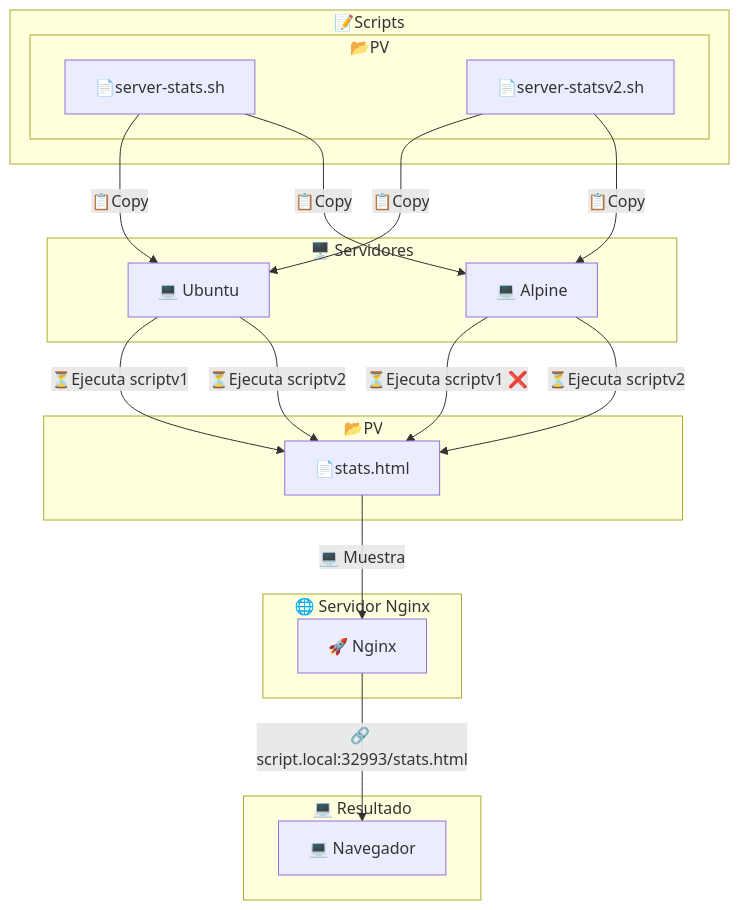
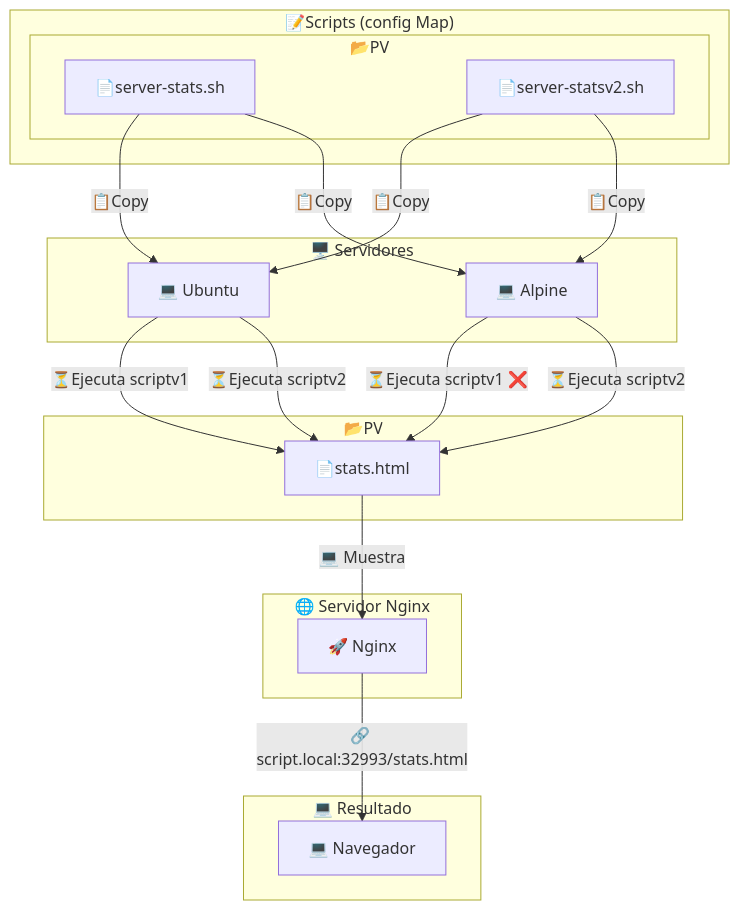
The diagram in SchemeServerIdea.md (donas11/https-roadmap.sh-projects-server-stats), drawn with Mermaid before and after one commit. The commit also changed other lines of this file, not shown here.

````diff
--- a/SchemeServerIdea.md
+++ b/SchemeServerIdea.md
@@ -3,46 +3,46 @@
 ```mermaid
 graph TD;
     subgraph Servidor["🖥️ Servidores"]
         S1["💻 Ubuntu"];
         S2["💻 Alpine"];
     end
 
-    subgraph Scripts["📝Scripts"]
+    subgraph Scripts["📝Scripts (config Map) "]
         subgraph Persist_volumen_IN["📂PV"]
             F1["📄server-stats.sh "];
             F2["📄server-statsv2.sh "];
         end
     end
         subgraph Persist_volumen_out["📂PV"]
         O["📄stats.html "];
     end
 
     subgraph Nginx_Server["🌐 Servidor Nginx"]
         N["🚀 Nginx"];
     end
 
      subgraph Navegador["💻  Resultado"]
         E["💻 Navegador"];
     end;
 
     F1 -->|📋Copy| S1 
     S1 -->|⏳Ejecuta scriptv1| O
 
     F1 -->|📋Copy| S2 
     S2 -->|⏳Ejecuta scriptv1 ❌| O
 
     F2 -->|📋Copy| S1 
     S1 -->|⏳Ejecuta scriptv2| O
     
 
     F2 -->|📋Copy| S2 
     S2 -->|⏳Ejecuta scriptv2| O
     
 
 
     O -->|💻 Muestra| N
     N -->|🔗 script.local:32993/stats.html|E
 
 
 
 ```
````
